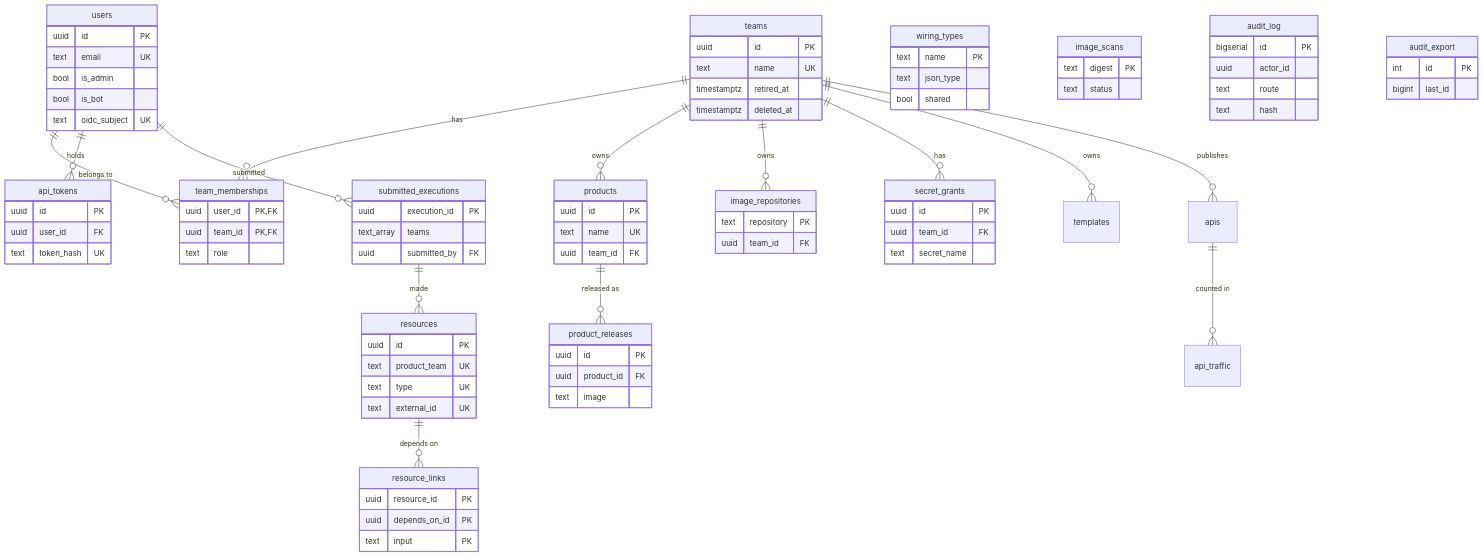
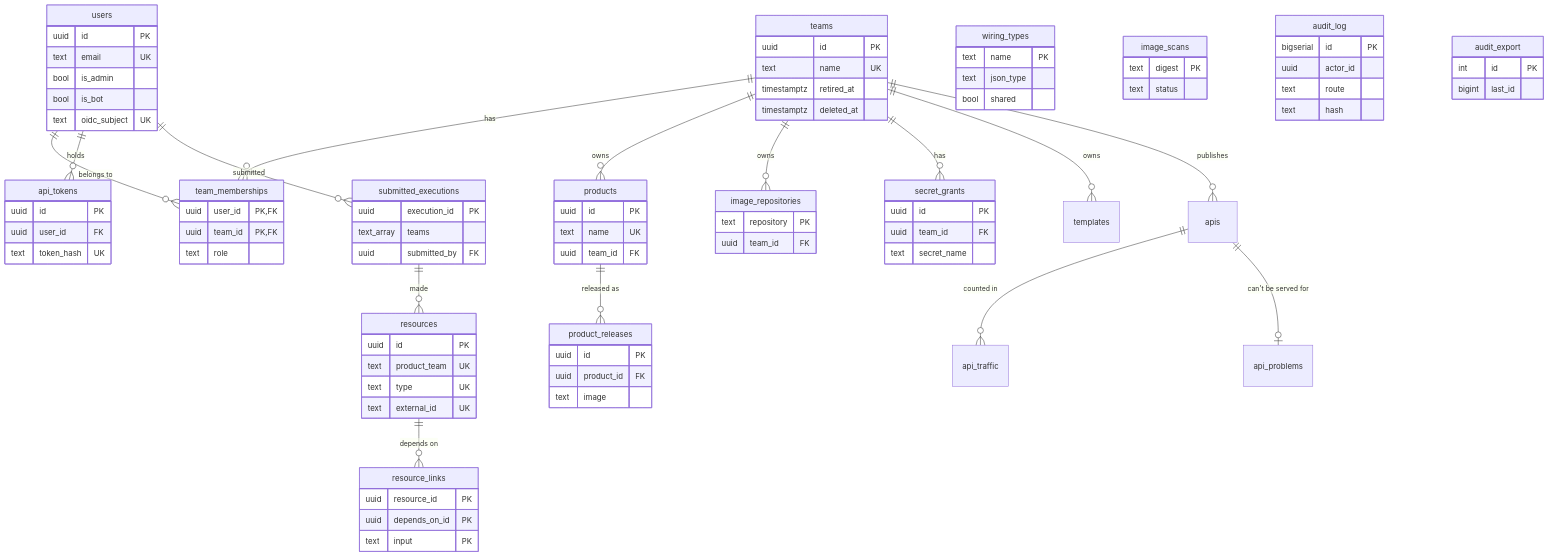
The third of 3 diagrams in console/docs/06-database-schemas.md (rburns629/vertra), drawn with Mermaid before and after one commit. The commit also changed other lines of this file and 50 other files, not shown here.

First line of the commit message:
feat: the four gaps the guides found (API access, Can't serve, keyless bots, editing schedules) (#44)

```diff
--- a/console/docs/06-database-schemas.md
+++ b/console/docs/06-database-schemas.md
@@ -204,6 +204,7 @@
   teams ||--o{ templates : "owns"
   teams ||--o{ apis : "publishes"
   apis ||--o{ api_traffic : "counted in"
+  apis ||--o| api_problems : "can't be served for"
   users ||--o{ submitted_executions : "submitted"
   teams {
     uuid id PK
```
